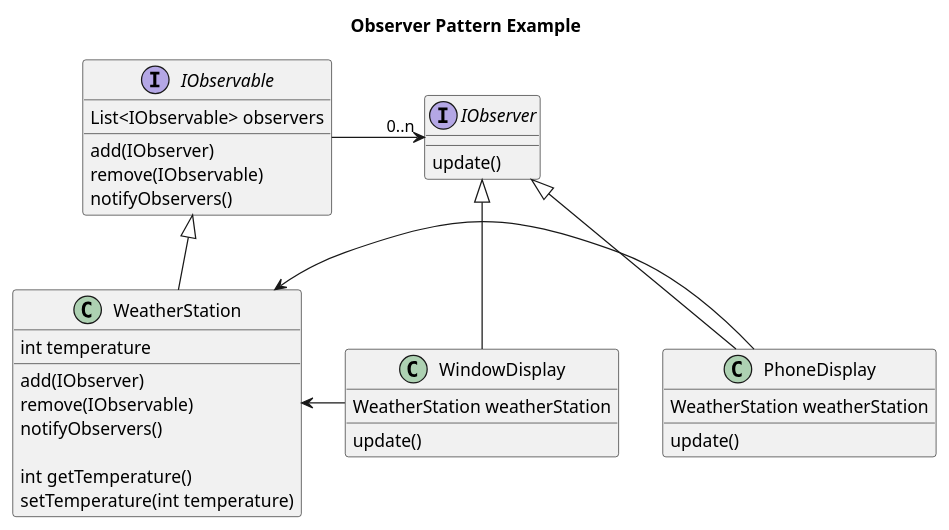
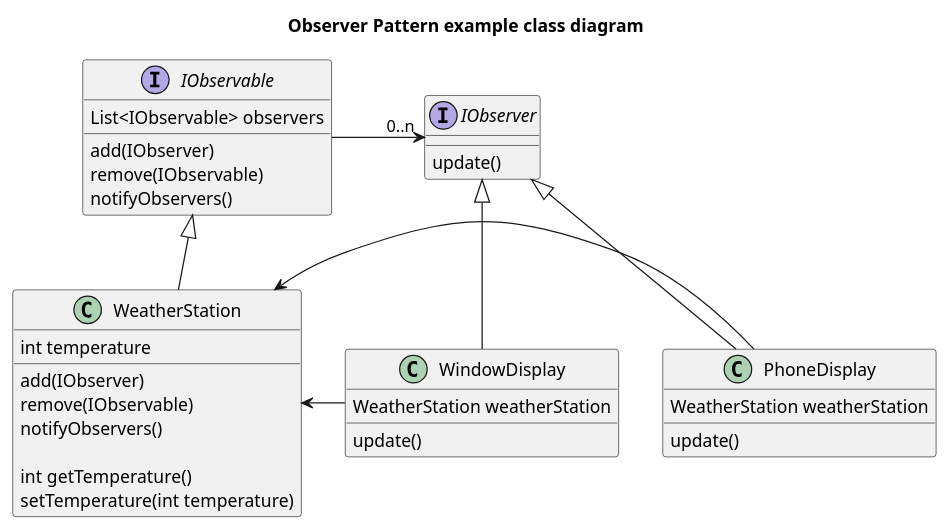
The diagram in observer/doc/example/class.puml (nsanitate/design-pattern), drawn with PlantUML before and after one commit. The commit also changed 3 other files, not shown here.

Commit message:
docs(observer): added titles to diagrams

```diff
--- a/observer/doc/example/class.puml
+++ b/observer/doc/example/class.puml
@@ -1,42 +1,42 @@
-@startuml Observer Pattern Example
-title Observer Pattern Example
+@startuml Observer Pattern example class diagram
+title Observer Pattern example class diagram
 interface IObservable {
     List<IObservable> observers
     
     add(IObserver)
     remove(IObservable)
     notifyObservers()
 }
 
 interface IObserver {
     update()
 }
 
 class WeatherStation {
     int temperature
 
     add(IObserver)
     remove(IObservable)
     notifyObservers()
 
     int getTemperature()
     setTemperature(int temperature)
 }
 
 class PhoneDisplay {
     WeatherStation weatherStation
     update()
 }
 
 class WindowDisplay {
     WeatherStation weatherStation
     update()
 }
 
 IObservable -> "0..n" IObserver
 IObservable <|-- WeatherStation
 IObserver <|-- PhoneDisplay
 WeatherStation <- PhoneDisplay
 IObserver <|-- WindowDisplay
 WeatherStation <- WindowDisplay
 @enduml
```
